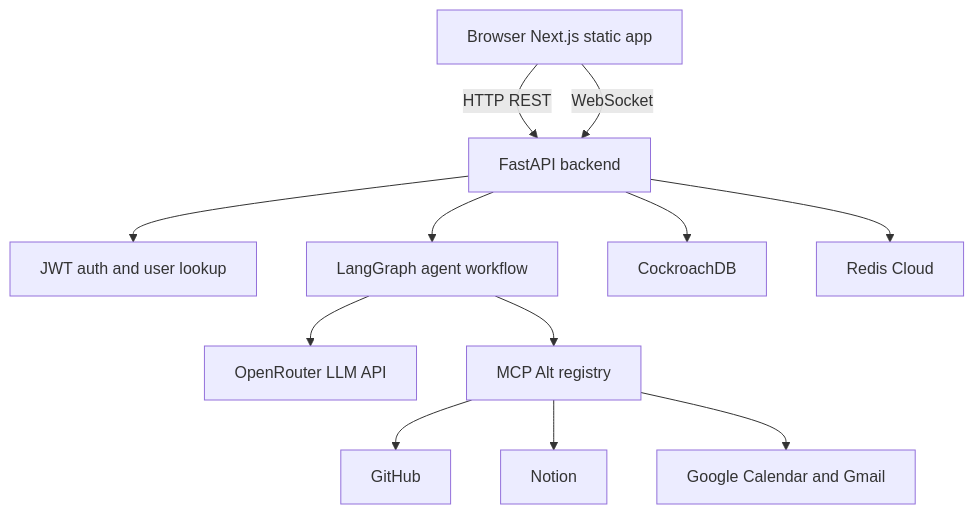
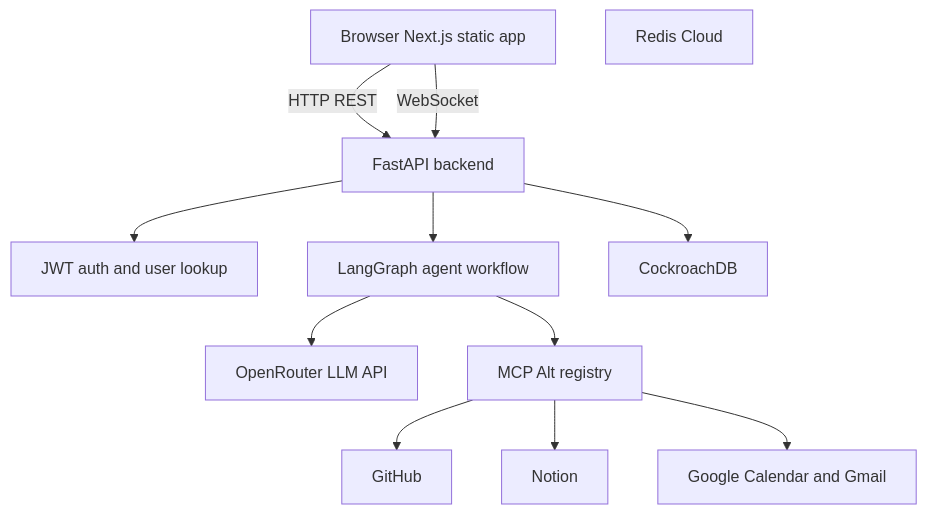
The diagram in project-docs/final-implementation/overview.md (relativity-codes/personal-ai-agent), drawn with Mermaid before and after one commit. The commit also changed other lines of this file and 29 other files, not shown here.

````diff
--- a/project-docs/final-implementation/overview.md
+++ b/project-docs/final-implementation/overview.md
@@ -59,25 +59,24 @@
 ```mermaid
 flowchart TD
 browser["Browser Next.js static app"]
 fastapi["FastAPI backend"]
 auth["JWT auth and user lookup"]
 agentGraph["LangGraph agent workflow"]
 openrouter["OpenRouter LLM API"]
 mcpAlt["MCP Alt registry"]
 githubSvc["GitHub"]
 notionSvc["Notion"]
 googleSvc["Google Calendar and Gmail"]
 db["CockroachDB"]
 redis["Redis Cloud"]
 browser -->|HTTP REST| fastapi
 browser -->|WebSocket| fastapi
 fastapi --> auth
 fastapi --> agentGraph
 agentGraph --> openrouter
 agentGraph --> mcpAlt
 mcpAlt --> githubSvc
 mcpAlt --> notionSvc
 mcpAlt --> googleSvc
 fastapi --> db
-fastapi --> redis
 ```
````
